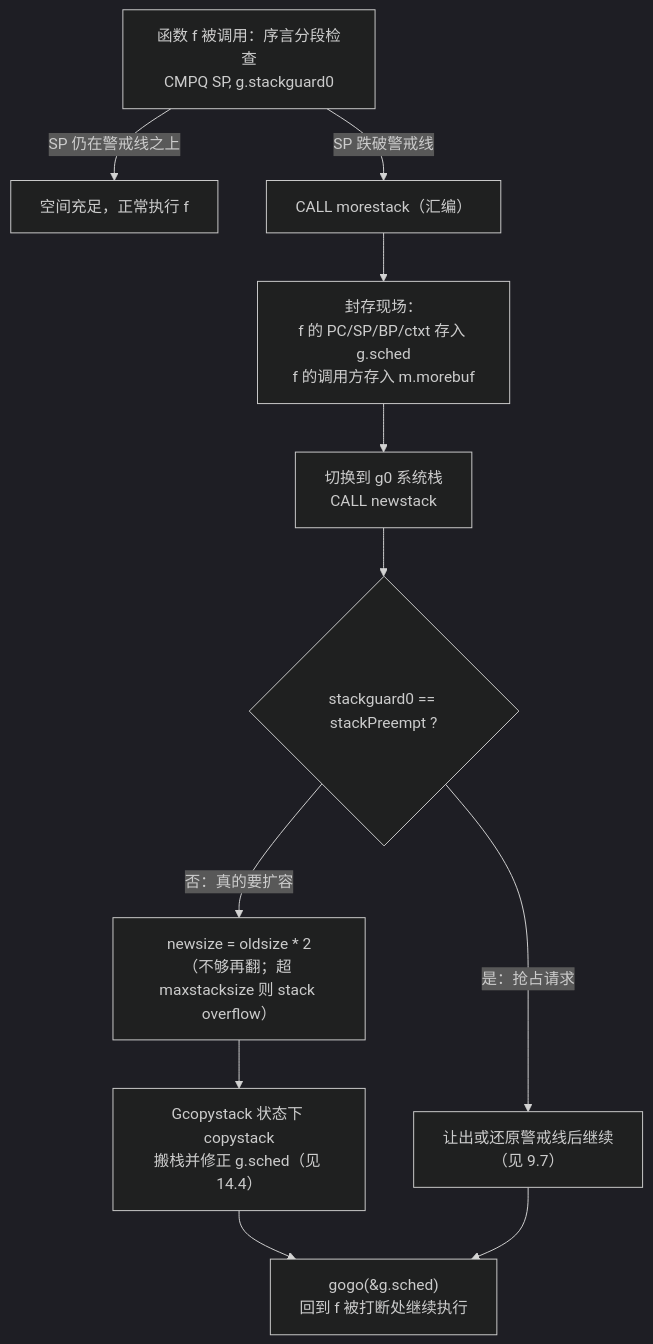
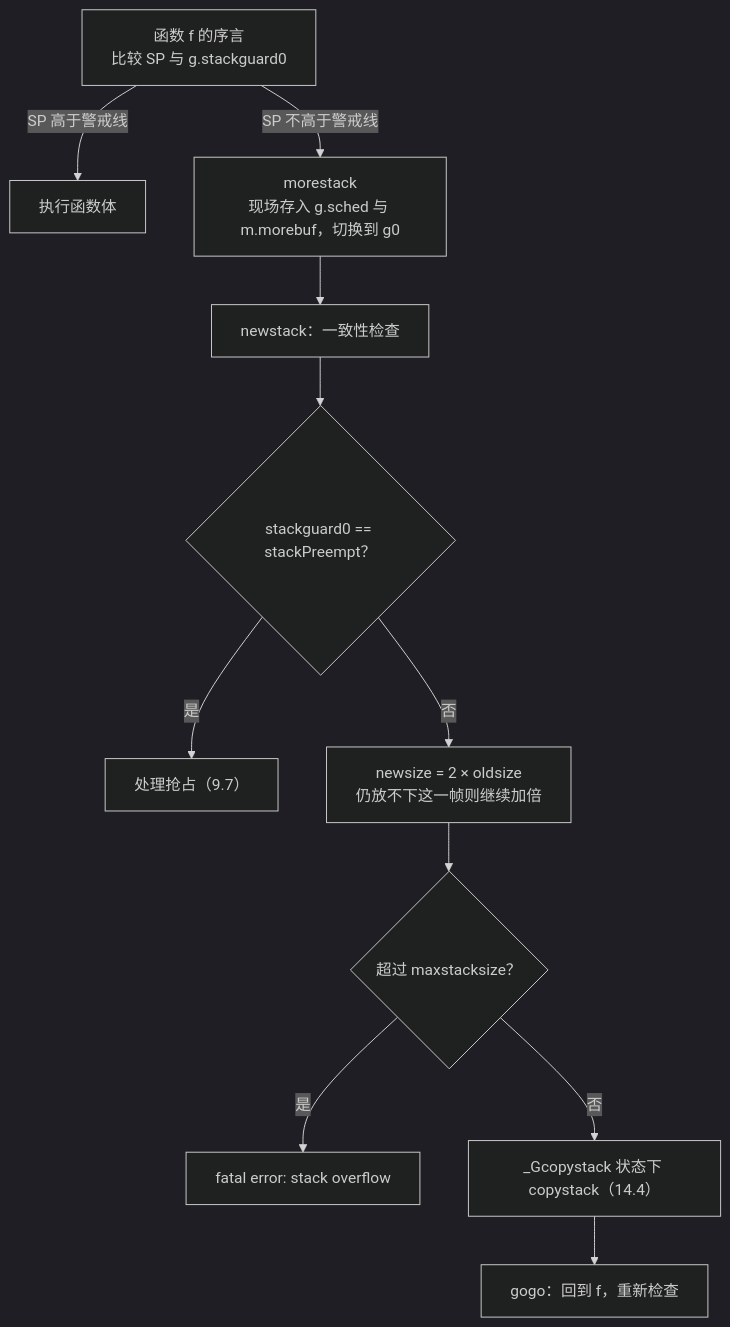
Before and after one commit to golang-design/under-the-hood: the diagram in book/zh-cn/part4memory/ch14stack/grow.md, drawn with Mermaid (dark theme). The commit also changed other lines of this file and 5 other files, not shown here.

````diff
--- a/book/zh-cn/part4memory/ch14stack/grow.md
+++ b/book/zh-cn/part4memory/ch14stack/grow.md
@@ -194,13 +296,13 @@
 ```mermaid
 flowchart TD
-    A["函数 f 被调用：序言分段检查\nCMPQ SP, g.stackguard0"] -->|SP 仍在警戒线之上| OK["空间充足，正常执行 f"]
-    A -->|SP 跌破警戒线| MS["CALL morestack（汇编）"]
-    MS --> SAVE["封存现场：\nf 的 PC/SP/BP/ctxt 存入 g.sched\nf 的调用方存入 m.morebuf"]
-    SAVE --> SW["切换到 g0 系统栈\nCALL newstack"]
-    SW --> CHK{"stackguard0 == stackPreempt ?"}
-    CHK -->|是：抢占请求| PRE["让出或还原警戒线后继续\n（见 9.7）"]
-    CHK -->|否：真的要扩容| GROW["newsize = oldsize * 2\n（不够再翻；超 maxstacksize 则 stack overflow）"]
-    GROW --> CP["Gcopystack 状态下 copystack\n搬栈并修正 g.sched（见 14.4）"]
-    CP --> GOGO["gogo(&g.sched)\n回到 f 被打断处继续执行"]
-    PRE --> GOGO
+    A["函数 f 的序言<br/>比较 SP 与 g.stackguard0"] -->|"SP 高于警戒线"| OK["执行函数体"]
+    A -->|"SP 不高于警戒线"| MS["morestack<br/>现场存入 g.sched 与 m.morebuf，切换到 g0"]
+    MS --> NS["newstack：一致性检查"]
+    NS --> P{"stackguard0 == stackPreempt？"}
+    P -->|"是"| PRE["处理抢占（9.7）"]
+    P -->|"否"| SZ["newsize = 2 × oldsize<br/>仍放不下这一帧则继续加倍"]
+    SZ --> LIM{"超过 maxstacksize？"}
+    LIM -->|"是"| DIE["fatal error: stack overflow"]
+    LIM -->|"否"| CP["_Gcopystack 状态下 copystack（14.4）"]
+    CP --> BACK["gogo：回到 f，重新检查"]
 ```
````
